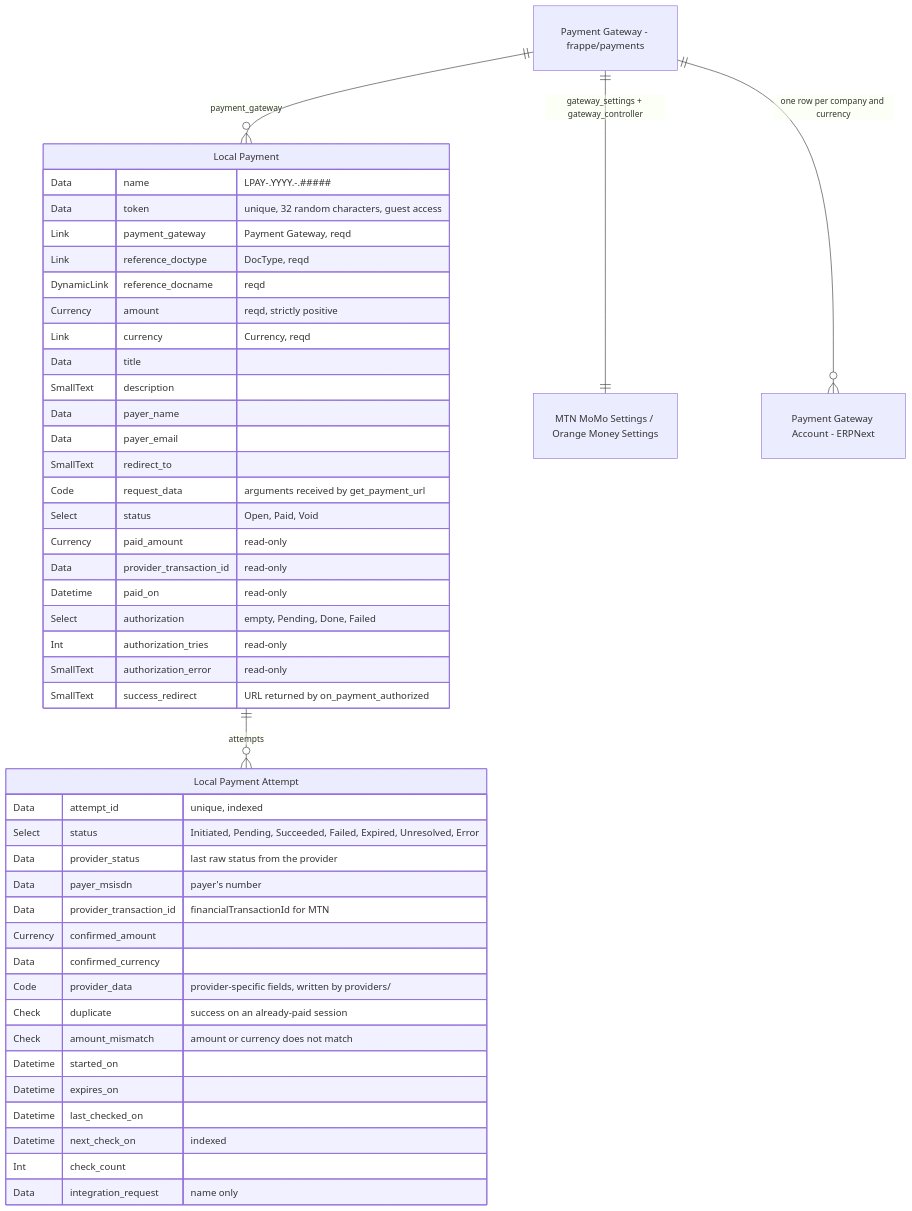
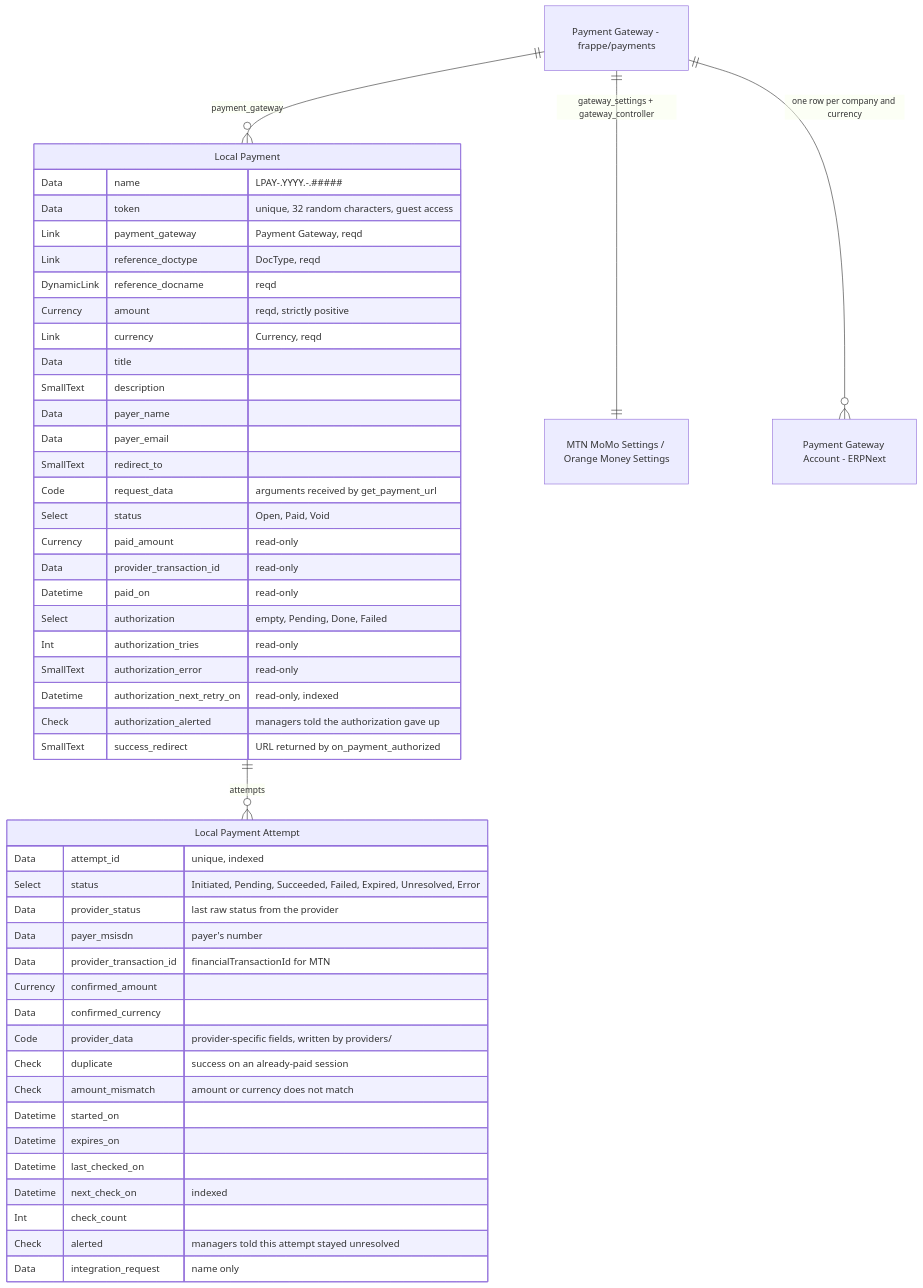
One commit to skyengpro/local_payments changed the second of 4 diagrams in docs/ARCHITECTURE.md. Above: the diagram before and after it, drawn with Mermaid. The commit also changed other lines of this file and 8 other files, not shown here.

````diff
--- a/docs/ARCHITECTURE.md
+++ b/docs/ARCHITECTURE.md
@@ -273,52 +273,55 @@
 ```mermaid
 erDiagram
     LOCAL_PAYMENT["Local Payment"] {
         Data name "LPAY-.YYYY.-.#####"
         Data token "unique, 32 random characters, guest access"
         Link payment_gateway "Payment Gateway, reqd"
         Link reference_doctype "DocType, reqd"
         DynamicLink reference_docname "reqd"
         Currency amount "reqd, strictly positive"
         Link currency "Currency, reqd"
         Data title
         SmallText description
         Data payer_name
         Data payer_email
         SmallText redirect_to
         Code request_data "arguments received by get_payment_url"
         Select status "Open, Paid, Void"
         Currency paid_amount "read-only"
         Data provider_transaction_id "read-only"
         Datetime paid_on "read-only"
         Select authorization "empty, Pending, Done, Failed"
         Int authorization_tries "read-only"
         SmallText authorization_error "read-only"
+        Datetime authorization_next_retry_on "read-only, indexed"
+        Check authorization_alerted "managers told the authorization gave up"
         SmallText success_redirect "URL returned by on_payment_authorized"
     }
     LOCAL_PAYMENT_ATTEMPT["Local Payment Attempt"] {
         Data attempt_id "unique, indexed"
         Select status "Initiated, Pending, Succeeded, Failed, Expired, Unresolved, Error"
         Data provider_status "last raw status from the provider"
         Data payer_msisdn "payer's number"
         Data provider_transaction_id "financialTransactionId for MTN"
         Currency confirmed_amount
         Data confirmed_currency
         Code provider_data "provider-specific fields, written by providers/"
         Check duplicate "success on an already-paid session"
         Check amount_mismatch "amount or currency does not match"
         Datetime started_on
         Datetime expires_on
         Datetime last_checked_on
         Datetime next_check_on "indexed"
         Int check_count
+        Check alerted "managers told this attempt stayed unresolved"
         Data integration_request "name only"
     }
     PAYMENT_GATEWAY["Payment Gateway - frappe/payments"]
     SETTINGS["MTN MoMo Settings / Orange Money Settings"]
     PGA["Payment Gateway Account - ERPNext"]
 
     LOCAL_PAYMENT ||--o{ LOCAL_PAYMENT_ATTEMPT : attempts
     PAYMENT_GATEWAY ||--o{ LOCAL_PAYMENT : payment_gateway
     PAYMENT_GATEWAY ||--|| SETTINGS : "gateway_settings + gateway_controller"
     PAYMENT_GATEWAY ||--o{ PGA : "one row per company and currency"
 ```
````
